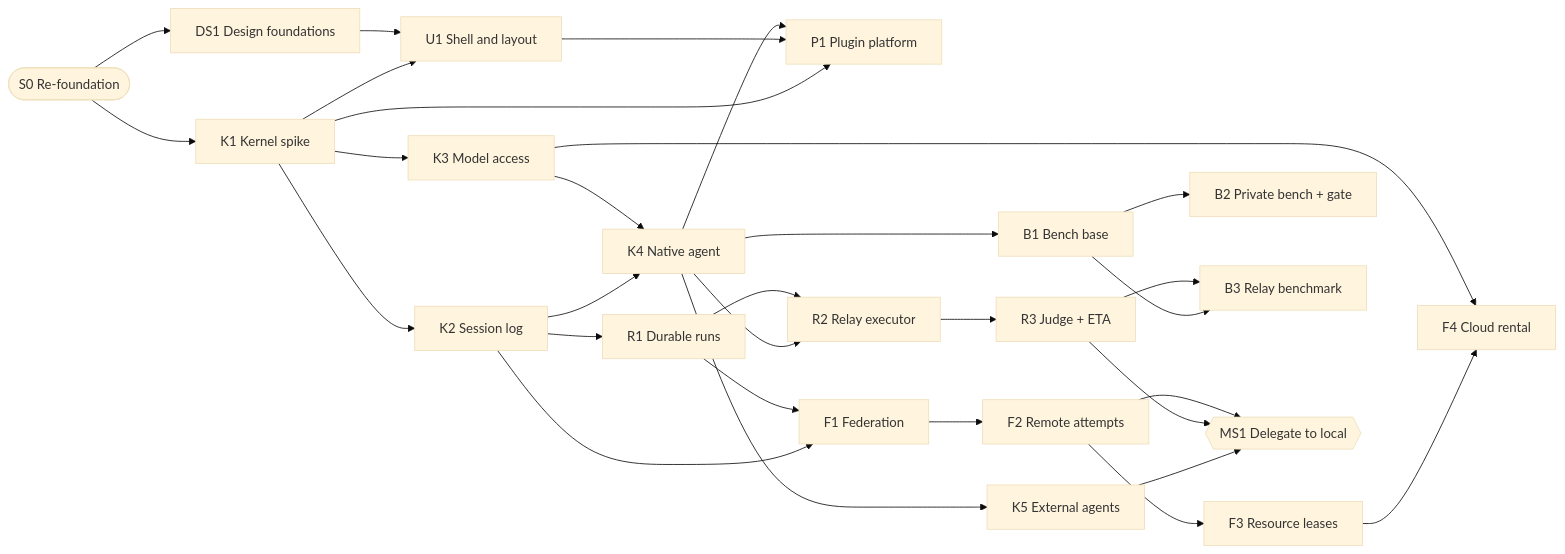
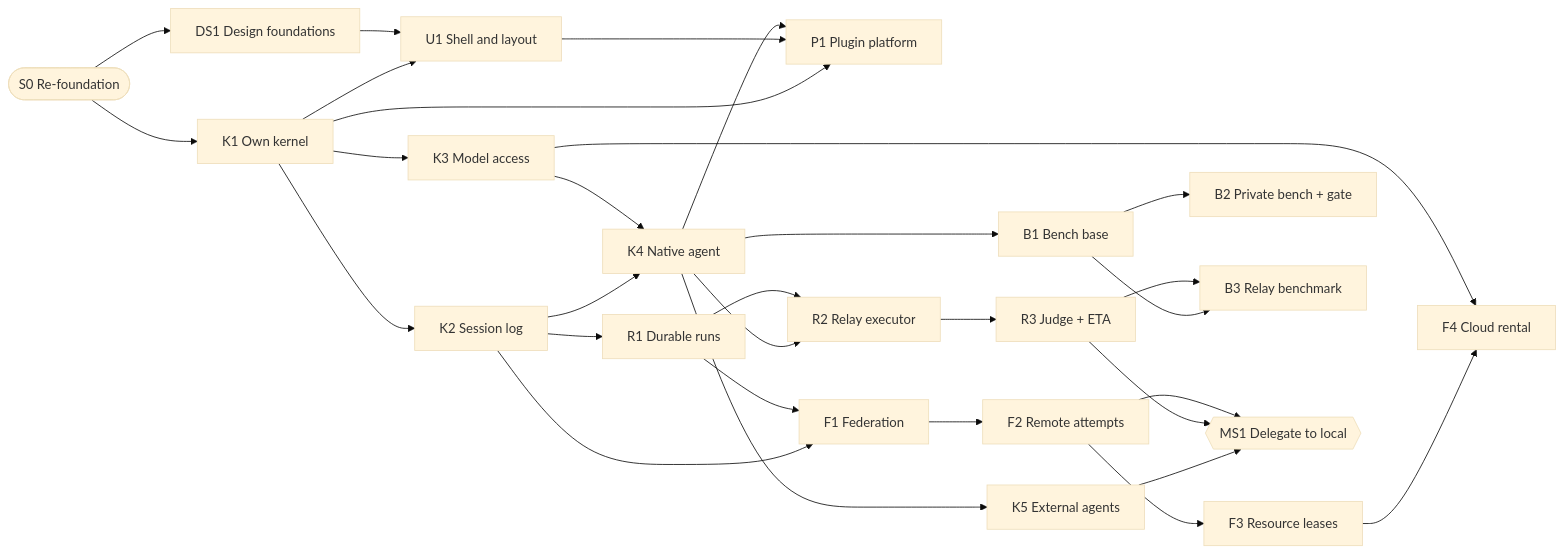
The diagram in docs/plans/ROADMAP.md (MattoYuzuru/Guanxi), drawn with Mermaid (base theme) before and after one commit. The commit also changed 4 other files, not shown here.

````diff
--- a/docs/plans/ROADMAP.md
+++ b/docs/plans/ROADMAP.md
@@ -15,16 +15,16 @@
 ```mermaid
 flowchart LR
-  S0([S0 Re-foundation]) --> K1[K1 Kernel spike] & DS1[DS1 Design foundations]
+  S0([S0 Re-foundation]) --> K1[K1 Own kernel] & DS1[DS1 Design foundations]
   K1 --> K2[K2 Session log] & K3[K3 Model access]
   K1 & DS1 --> U1[U1 Shell and layout]
   K2 & K3 --> K4[K4 Native agent]
   K1 & U1 & K4 --> P1[P1 Plugin platform]
   K4 --> K5[K5 External agents]
   K2 --> R1[R1 Durable runs]
   K4 & R1 --> R2[R2 Relay executor] --> R3[R3 Judge + ETA]
   K2 & R1 --> F1[F1 Federation] --> F2[F2 Remote attempts] --> F3[F3 Resource leases] --> F4[F4 Cloud rental]
   K3 --> F4
   K4 --> B1[B1 Bench base] --> B2[B2 Private bench + gate]
   B1 & R3 --> B3[B3 Relay benchmark]
   K5 & R3 & F2 --> MS1{{MS1 Delegate to local}}
 ```
````
